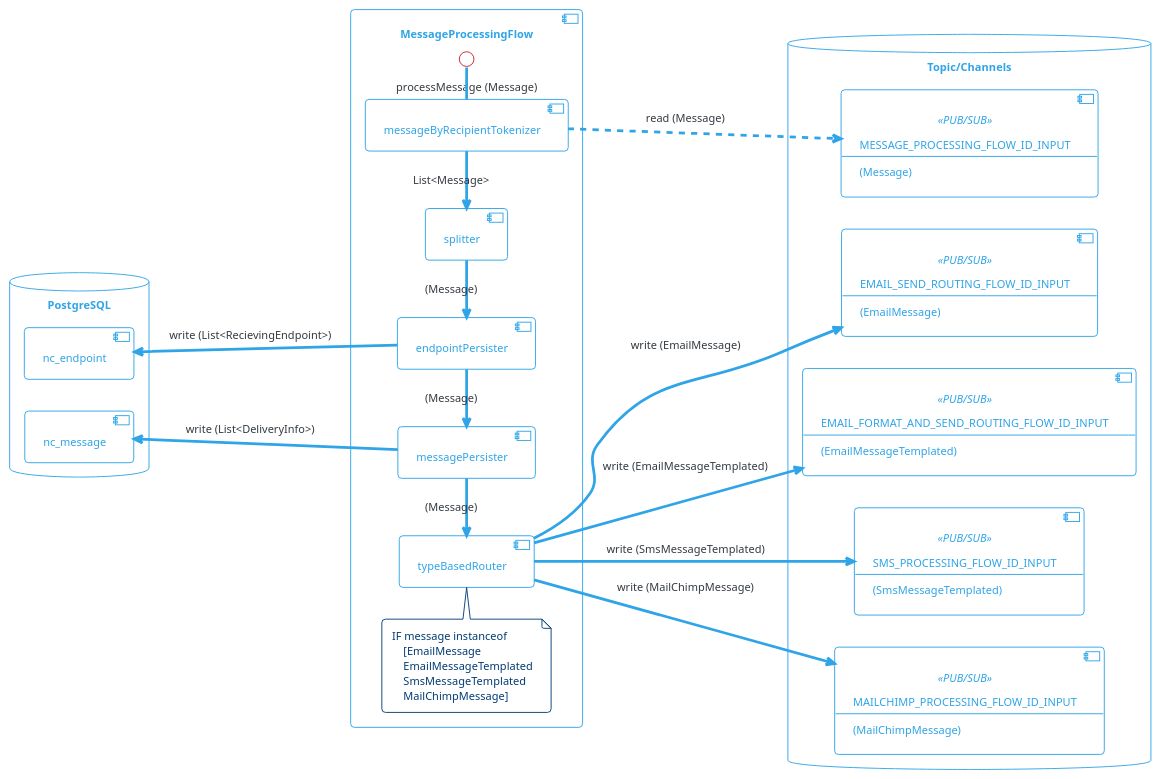
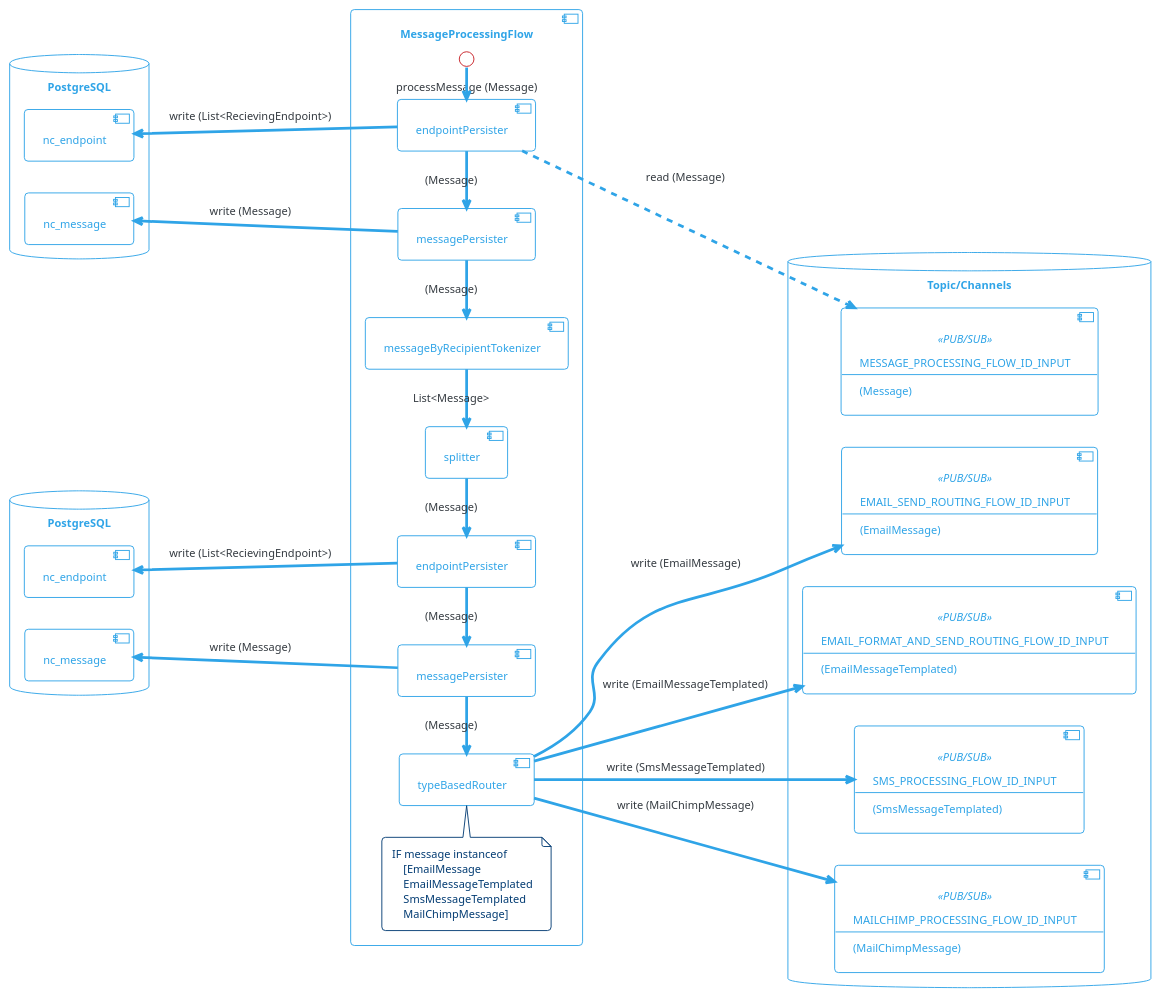
Before and after one commit to com-obj/notiflow: the diagram in docs/diagrams/src/message-processing-flow.puml, drawn with PlantUML. The commit also changed 3 other files, not shown here.

Commit message:
update uml flow diagrams

```diff
--- a/docs/diagrams/src/message-processing-flow.puml
+++ b/docs/diagrams/src/message-processing-flow.puml
@@ -1,83 +1,96 @@
 @startuml
 
 !theme cerulean-outline
 
 left to right direction
 
 skinparam backgroundcolor White
 skinparam component {
     backgroundColor<<user defined>> LightGray
 }
 
-database "PostgreSQL" {
+database "PostgreSQL" as pg1 {
     [nc_message]
     [nc_endpoint]
+}
+
+database "PostgreSQL" as pg2 {
+    [nc_message] as nc_message2
+    [nc_endpoint] as nc_endpoint2
 }
 
 database "Topic/Channels" {
     component MESSAGE_PROCESSING_FLOW_ID_INPUT<<PUB/SUB>>[
         MESSAGE_PROCESSING_FLOW_ID_INPUT
         --
         (Message)
     ]
 
     component EMAIL_SEND_ROUTING_FLOW_ID_INPUT<<PUB/SUB>>[
         EMAIL_SEND_ROUTING_FLOW_ID_INPUT
         --
         (EmailMessage)   
     ]
 
     component EMAIL_FORMAT_AND_SEND_ROUTING_FLOW_ID_INPUT<<PUB/SUB>>[
         EMAIL_FORMAT_AND_SEND_ROUTING_FLOW_ID_INPUT
         --
         (EmailMessageTemplated)
     ]
 
     component SMS_PROCESSING_FLOW_ID_INPUT<<PUB/SUB>>[
         SMS_PROCESSING_FLOW_ID_INPUT
         --
         (SmsMessageTemplated)
     ]
 
     component MAILCHIMP_PROCESSING_FLOW_ID_INPUT<<PUB/SUB>>[
         MAILCHIMP_PROCESSING_FLOW_ID_INPUT
         --
         (MailChimpMessage)
     ]
 }
 
 component "MessageProcessingFlow" {
+    [endpointPersister] as endpointPersister1
+    [messagePersister] as messagePersister1
     [messageByRecipientTokenizer]
     [splitter]
-    [endpointPersister]
-    [messagePersister]
+    [endpointPersister] as endpointPersister2
+    [messagePersister] as messagePersister2
     [typeBasedRouter]
 
     note top of typeBasedRouter 
     IF message instanceof  
         [EmailMessage
         EmailMessageTemplated
         SmsMessageTemplated
         MailChimpMessage]
     end note  
 
+    endpointPersister1 -l-> messagePersister1 : (Message)
+    messagePersister1 -l-> messageByRecipientTokenizer : (Message)
     messageByRecipientTokenizer -l-> splitter : List<Message>
-    splitter -l-> endpointPersister : (Message)
-    endpointPersister -l-> messagePersister: (Message)
-    messagePersister -l--> typeBasedRouter: (Message)
+    splitter -l-> endpointPersister2 : (Message)
+    endpointPersister2 -l-> messagePersister2: (Message)
+    messagePersister2 -l--> typeBasedRouter: (Message)
 
-    messageByRecipientTokenizer ..> MESSAGE_PROCESSING_FLOW_ID_INPUT : read (Message) 
+    endpointPersister1 ..> MESSAGE_PROCESSING_FLOW_ID_INPUT : read (Message) 
     typeBasedRouter --> EMAIL_SEND_ROUTING_FLOW_ID_INPUT: write (EmailMessage)
     typeBasedRouter --> EMAIL_FORMAT_AND_SEND_ROUTING_FLOW_ID_INPUT: write (EmailMessageTemplated)
     typeBasedRouter --> SMS_PROCESSING_FLOW_ID_INPUT: write (SmsMessageTemplated)
     typeBasedRouter --> MAILCHIMP_PROCESSING_FLOW_ID_INPUT: write (MailChimpMessage)
 
-    messagePersister -u-> nc_message: write (List<DeliveryInfo>)
-    endpointPersister -u-> nc_endpoint: write (List<RecievingEndpoint>)
+    messagePersister2 -u-> nc_message2: write (Message)
+    endpointPersister2 -u-> nc_endpoint2: write (List<RecievingEndpoint>)
+    
+    messagePersister1 -u-> nc_message: write (Message)
+    endpointPersister1 -u-> nc_endpoint: write (List<RecievingEndpoint>)
 
-    interface "processMessage (Message)" as processMessage        
-        messageByRecipientTokenizer -r- processMessage
+
+    interface "processMessage (Message)" as processMessage  
+    processMessage -l-> endpointPersister1
 }
 
 
 @enduml
```
